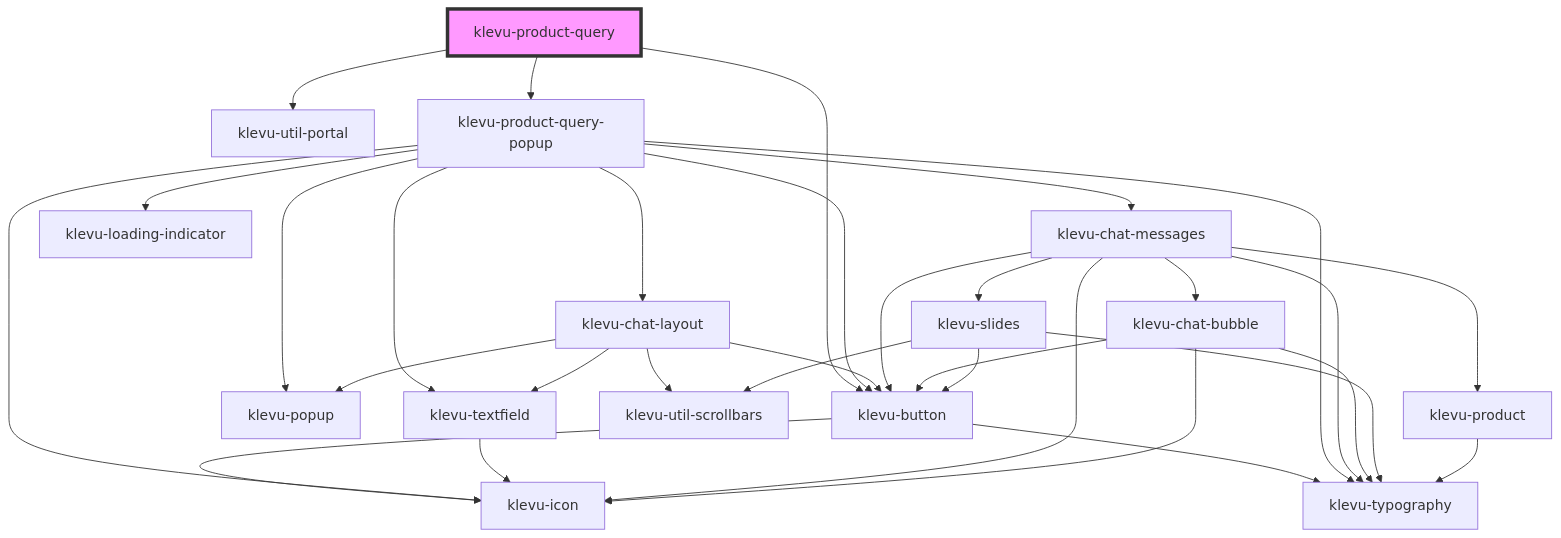
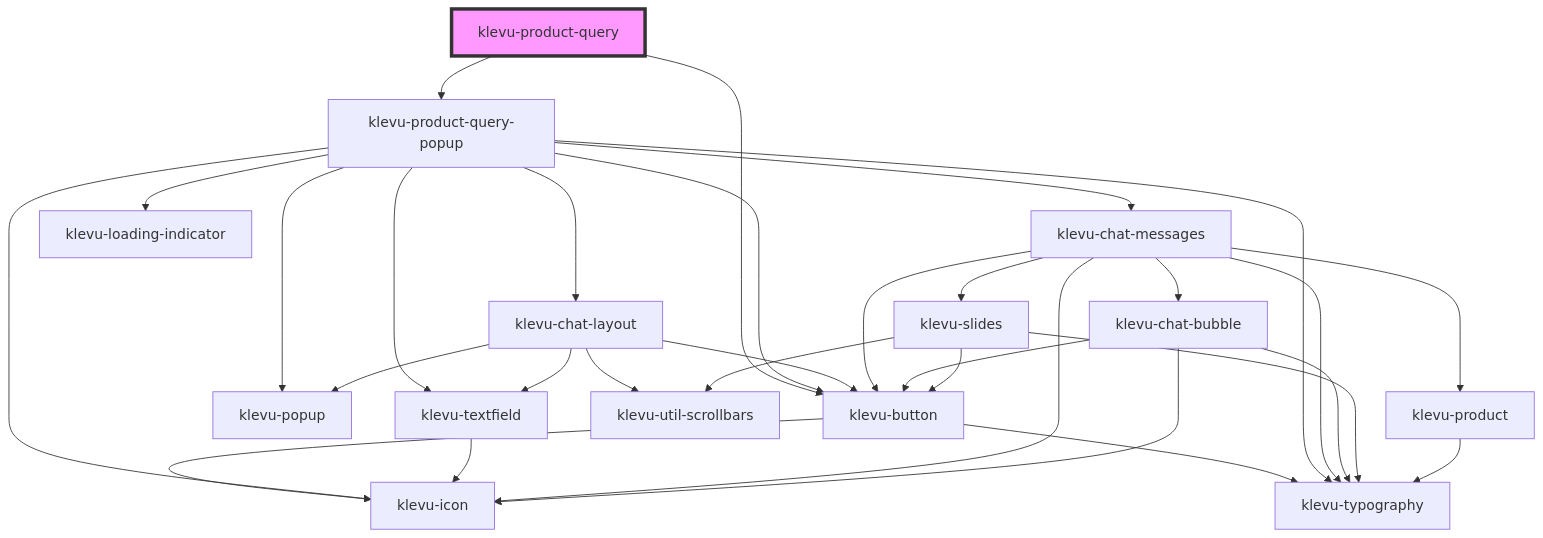
Before and after one commit to klevultd/frontend-sdk: the diagram in packages/klevu-ui/src/components/klevu-product-query/readme.md, drawn with Mermaid. The commit also changed other lines of this file and 14 other files, not shown here.

````diff
--- a/packages/klevu-ui/src/components/klevu-product-query/readme.md
+++ b/packages/klevu-ui/src/components/klevu-product-query/readme.md
@@ -55,35 +54,34 @@
 ```mermaid
 graph TD;
   klevu-product-query --> klevu-button
-  klevu-product-query --> klevu-util-portal
   klevu-product-query --> klevu-product-query-popup
   klevu-button --> klevu-icon
   klevu-button --> klevu-typography
   klevu-product-query-popup --> klevu-popup
   klevu-product-query-popup --> klevu-chat-layout
   klevu-product-query-popup --> klevu-typography
   klevu-product-query-popup --> klevu-icon
   klevu-product-query-popup --> klevu-chat-messages
   klevu-product-query-popup --> klevu-loading-indicator
   klevu-product-query-popup --> klevu-textfield
   klevu-product-query-popup --> klevu-button
   klevu-chat-layout --> klevu-util-scrollbars
   klevu-chat-layout --> klevu-popup
   klevu-chat-layout --> klevu-button
   klevu-chat-layout --> klevu-textfield
   klevu-textfield --> klevu-icon
   klevu-chat-messages --> klevu-chat-bubble
   klevu-chat-messages --> klevu-icon
   klevu-chat-messages --> klevu-typography
   klevu-chat-messages --> klevu-button
   klevu-chat-messages --> klevu-slides
   klevu-chat-messages --> klevu-product
   klevu-chat-bubble --> klevu-typography
   klevu-chat-bubble --> klevu-icon
   klevu-chat-bubble --> klevu-button
   klevu-slides --> klevu-typography
   klevu-slides --> klevu-button
   klevu-slides --> klevu-util-scrollbars
   klevu-product --> klevu-typography
   style klevu-product-query fill:#f9f,stroke:#333,stroke-width:4px
 ```
````
